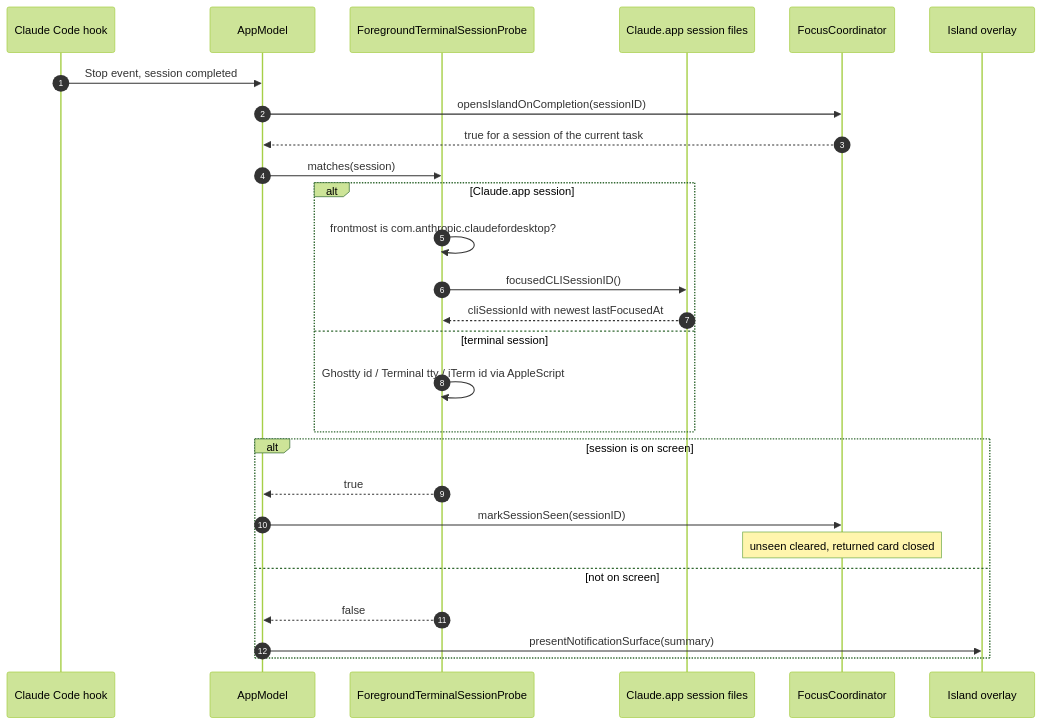
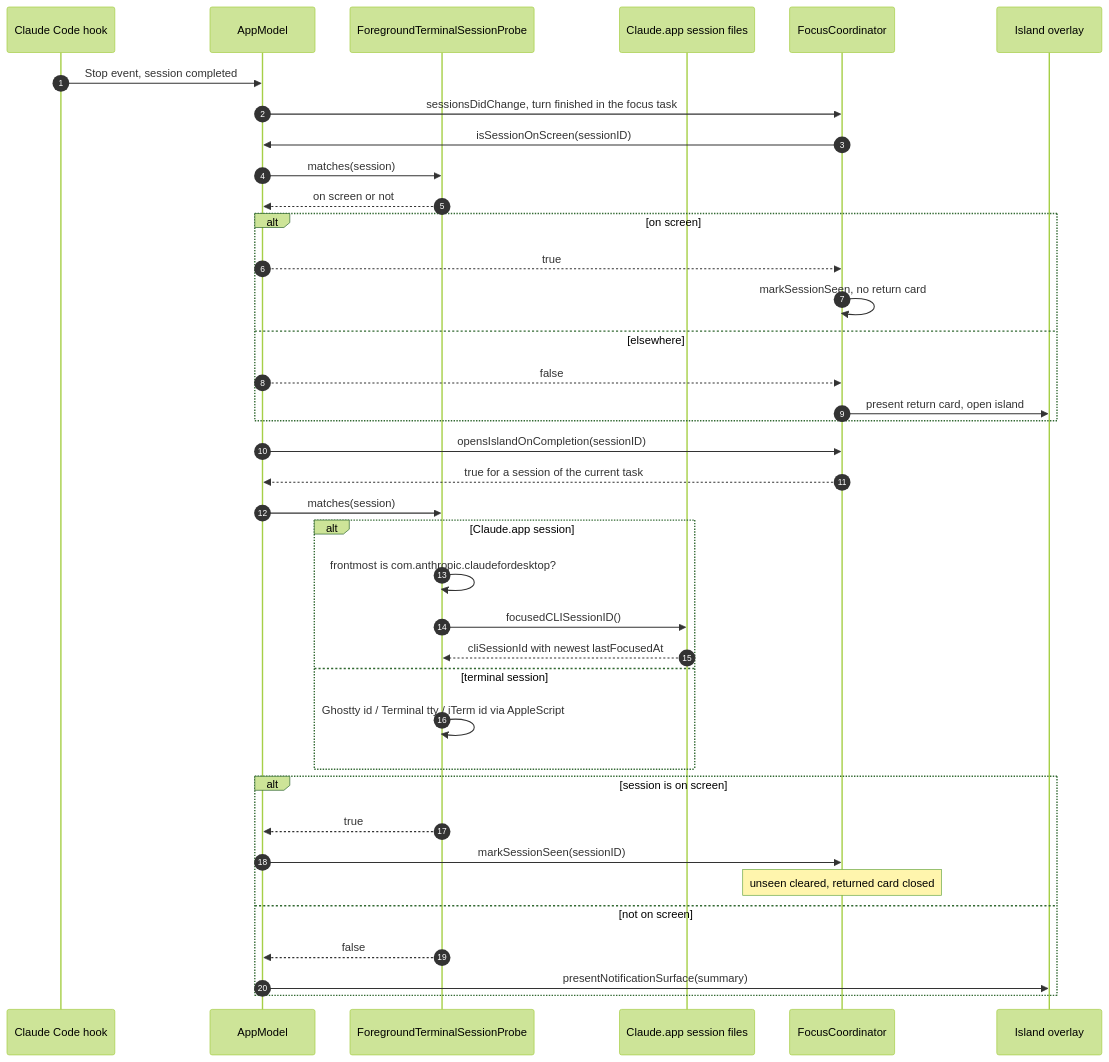
One commit to dias-zhanabayev/focus-island changed the diagram in docs/diagrams/focus-island-answer-on-screen-2026-10-14.md. Above: the diagram before and after it, drawn with Mermaid (forest theme). The commit also changed other lines of this file and 4 other files, not shown here.

First line of the commit message:
fix: don't open the island with a return card while the session is on screen

````diff
--- a/docs/diagrams/focus-island-answer-on-screen-2026-10-14.md
+++ b/docs/diagrams/focus-island-answer-on-screen-2026-10-14.md
@@ -5,30 +5,41 @@
 ```mermaid
 sequenceDiagram
     autonumber
     participant Hook as Claude Code hook
     participant App as AppModel
     participant Probe as ForegroundTerminalSessionProbe
     participant Files as Claude.app session files
     participant FC as FocusCoordinator
     participant Island as Island overlay
 
     Hook->>App: Stop event, session completed
+    App->>FC: sessionsDidChange, turn finished in the focus task
+    FC->>App: isSessionOnScreen(sessionID)
+    App->>Probe: matches(session)
+    Probe-->>App: on screen or not
+    alt on screen
+        App-->>FC: true
+        FC->>FC: markSessionSeen, no return card
+    else elsewhere
+        App-->>FC: false
+        FC->>Island: present return card, open island
+    end
     App->>FC: opensIslandOnCompletion(sessionID)
     FC-->>App: true for a session of the current task
     App->>Probe: matches(session)
     alt Claude.app session
         Probe->>Probe: frontmost is com.anthropic.claudefordesktop?
         Probe->>Files: focusedCLISessionID()
         Files-->>Probe: cliSessionId with newest lastFocusedAt
     else terminal session
         Probe->>Probe: Ghostty id / Terminal tty / iTerm id via AppleScript
     end
     alt session is on screen
         Probe-->>App: true
         App->>FC: markSessionSeen(sessionID)
         Note over FC: unseen cleared, returned card closed
     else not on screen
         Probe-->>App: false
         App->>Island: presentNotificationSurface(summary)
     end
 ```
````
